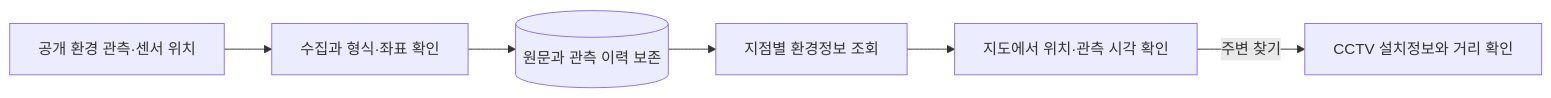
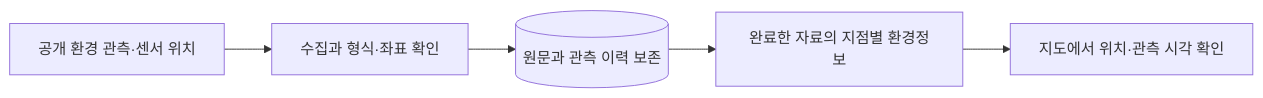
One commit to roberYM11/safenight changed the diagram in docs/project-achievements.md. Above: the diagram before and after it, drawn with Mermaid. The commit also changed other lines of this file and 162 other files, not shown here.

````diff
--- a/docs/project-achievements.md
+++ b/docs/project-achievements.md
@@ -21,8 +23,7 @@
 ```mermaid
 flowchart LR
     O[공개 환경 관측·센서 위치] --> D[수집과 형식·좌표 확인]
     D --> B[(원문과 관측 이력 보존)]
-    B --> V[지점별 환경정보 조회]
+    B --> V[완료한 자료의 지점별 환경정보]
     V --> M[지도에서 위치·관측 시각 확인]
-    M -->|주변 찾기| C[CCTV 설치정보와 거리 확인]
 ```
````
